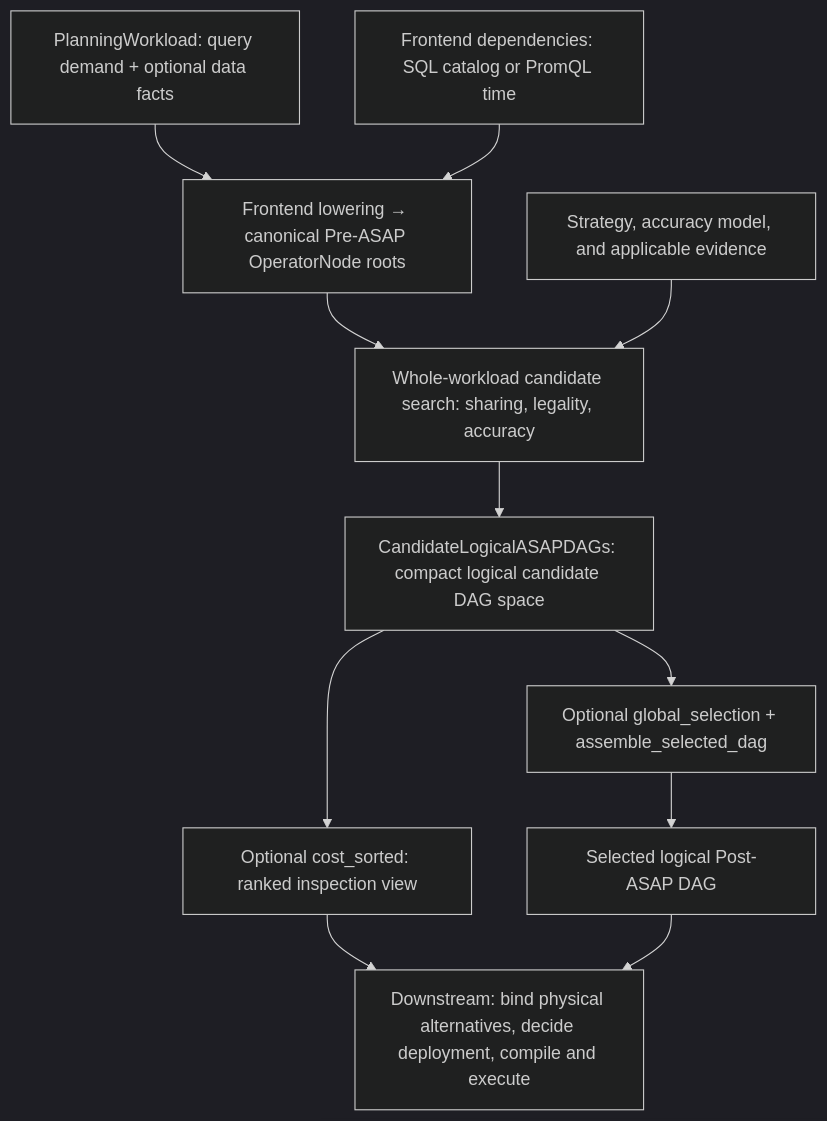
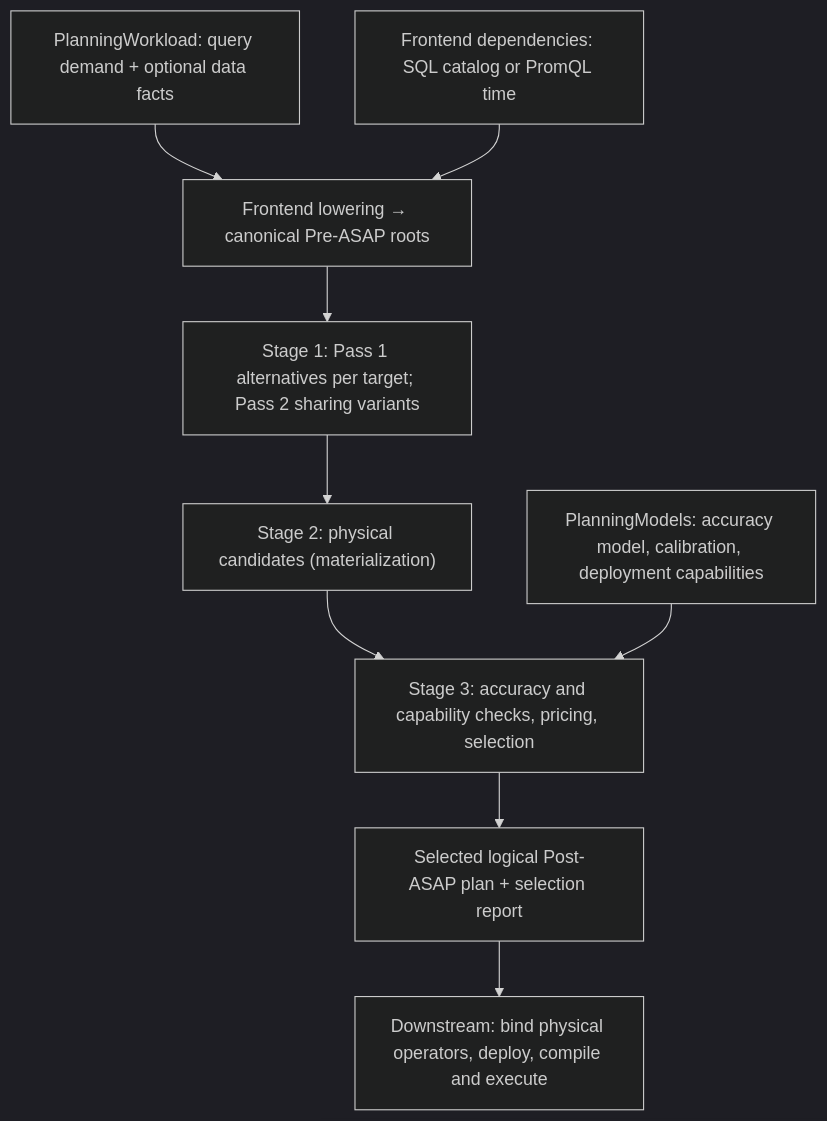
One commit to ProjectASAP/ASAPPlanner changed the diagram in docs/design_docs/architecture/README.md. Above: the diagram before and after it, drawn with Mermaid (dark theme). The commit also changed other lines of this file and 33 other files, not shown here.

First line of the commit message:
docs: describe the stage pipeline instead of the removed legacy search

````diff
--- a/docs/design_docs/architecture/README.md
+++ b/docs/design_docs/architecture/README.md
@@ -15,20 +16,17 @@
 ```mermaid
 flowchart TD
     W["PlanningWorkload: query demand + optional data facts"]
     F["Frontend dependencies: SQL catalog or PromQL time"]
-    E["Strategy, accuracy model, and applicable evidence"]
-    PRE["Frontend lowering → canonical Pre-ASAP OperatorNode roots"]
-    SEARCH["Whole-workload candidate search: sharing, legality, accuracy"]
-    SPACE["CandidateLogicalASAPDAGs: compact logical candidate DAG space"]
-    RANK["Optional cost_sorted: ranked inspection view"]
-    SELECT["Optional global_selection + assemble_selected_dag"]
-    DAG["Selected logical Post-ASAP DAG"]
-    BACKEND["Downstream: bind physical alternatives, decide deployment, compile and execute"]
+    M["PlanningModels: accuracy model, calibration, deployment capabilities"]
+    PRE["Frontend lowering → canonical Pre-ASAP roots"]
+    S1["Stage 1: Pass 1 alternatives per target; Pass 2 sharing variants"]
+    S2["Stage 2: physical candidates (materialization)"]
+    S3["Stage 3: accuracy and capability checks, pricing, selection"]
+    PLAN["Selected logical Post-ASAP plan + selection report"]
+    BACKEND["Downstream: bind physical operators, deploy, compile and execute"]
     W --> PRE
     F --> PRE
-    PRE --> SEARCH
-    E --> SEARCH
-    SEARCH --> SPACE
-    SPACE --> RANK --> BACKEND
-    SPACE --> SELECT --> DAG --> BACKEND
+    PRE --> S1 --> S2 --> S3
+    M --> S3
+    S3 --> PLAN --> BACKEND
 ```
````
